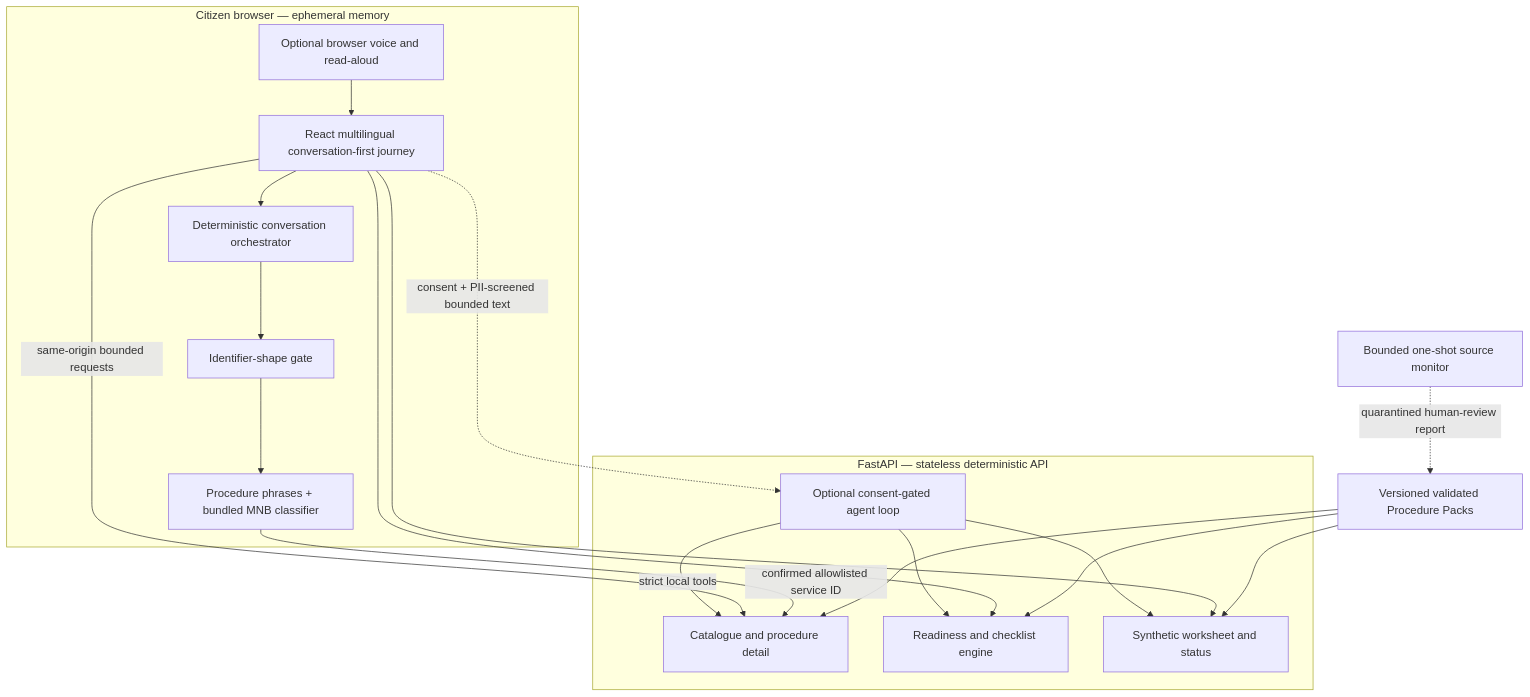
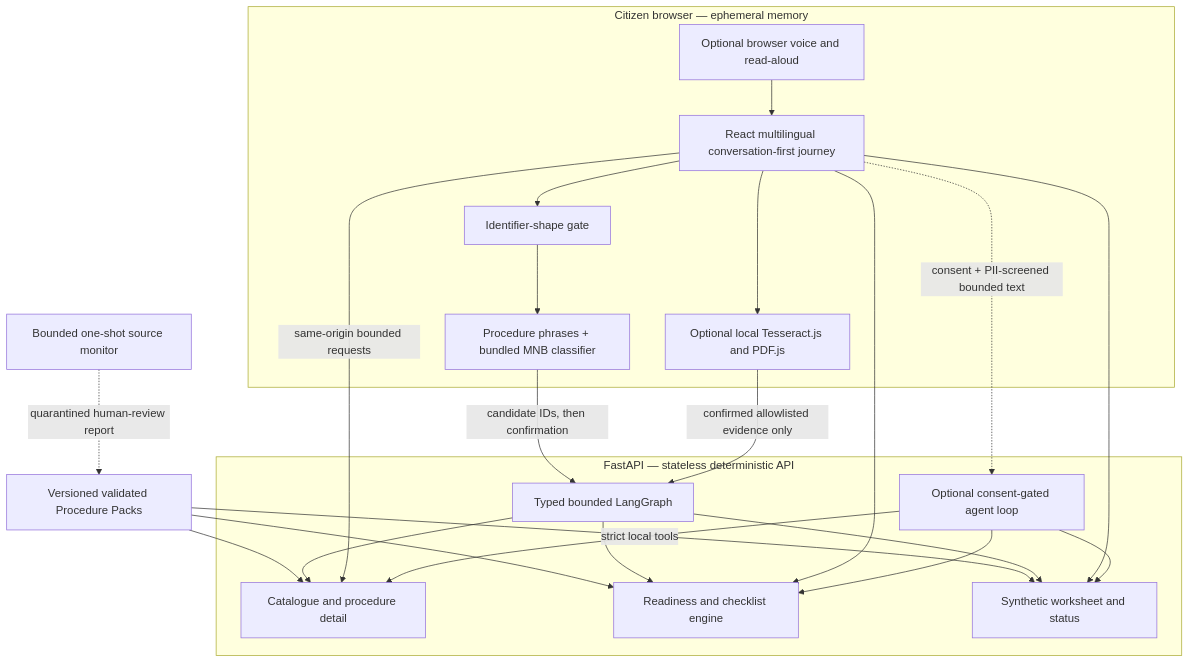
The diagram in docs/architecture.md (ima-a/Sahayi), drawn with Mermaid before and after one commit. The commit also changed other lines of this file and 8 other files, not shown here.

Commit message:
docs: document graph and local OCR boundaries

````diff
--- a/docs/architecture.md
+++ b/docs/architecture.md
@@ -5,31 +5,37 @@
 ```mermaid
 flowchart TB
     subgraph Browser[Citizen browser — ephemeral memory]
       UI[React multilingual conversation-first journey]
-      Orchestrator[Deterministic conversation orchestrator]
       Voice[Optional browser voice and read-aloud]
+      OCR[Optional local Tesseract.js and PDF.js]
       Gate[Identifier-shape gate]
       Match[Procedure phrases + bundled MNB classifier]
-      Voice --> UI --> Orchestrator --> Gate --> Match
+      Voice --> UI --> Gate --> Match
+      UI --> OCR
     end
 
     subgraph Server[FastAPI — stateless deterministic API]
       Catalogue[Catalogue and procedure detail]
       Readiness[Readiness and checklist engine]
       Demo[Synthetic worksheet and status]
       Agent[Optional consent-gated agent loop]
+      Graph[Typed bounded LangGraph]
     end
 
     Packs[Versioned validated Procedure Packs] --> Catalogue
     Packs --> Readiness
     Packs --> Demo
-    Match -->|confirmed allowlisted service ID| Catalogue
+    Match -->|candidate IDs, then confirmation| Graph
+    OCR -->|confirmed allowlisted evidence only| Graph
+    Graph --> Catalogue
+    Graph --> Readiness
+    Graph --> Demo
     UI -->|same-origin bounded requests| Catalogue
     UI --> Readiness
     UI --> Demo
     UI -. consent + PII-screened bounded text .-> Agent
     Agent -->|strict local tools| Catalogue
     Agent --> Readiness
     Agent --> Demo
     Monitor[Bounded one-shot source monitor] -. quarantined human-review report .-> Packs
 ```
````
